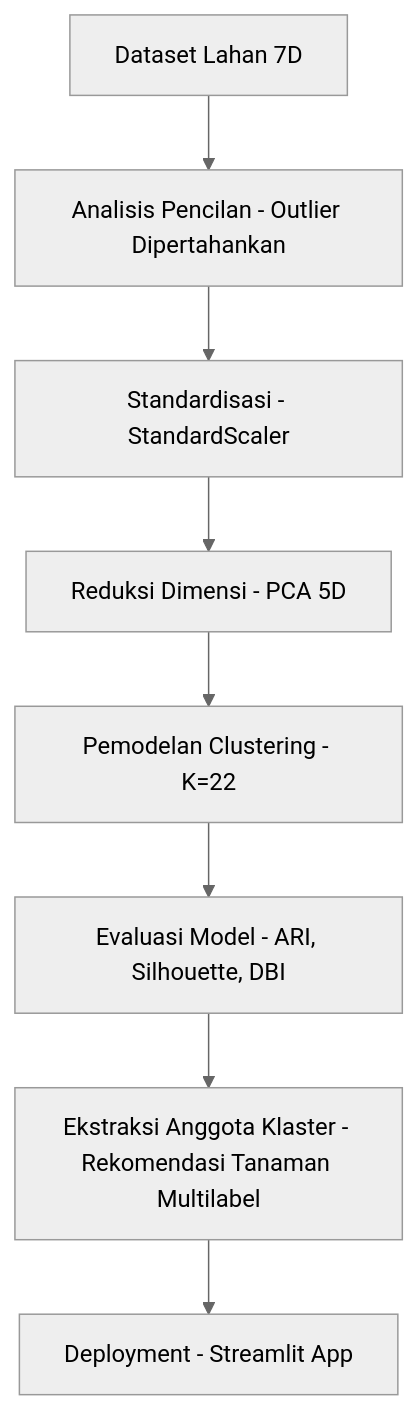
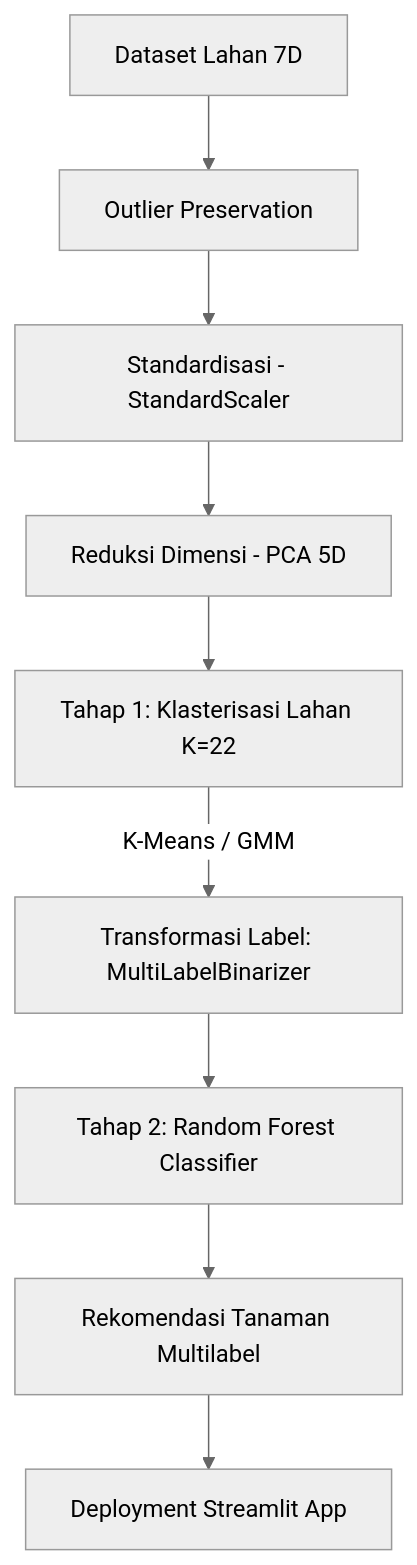
Before and after one commit to Alfaturachman/crop-recommendation-clustering: the diagram in readme.md, drawn with Mermaid (neutral theme). The commit also changed other lines of this file and 57 other files, not shown here.

````diff
--- a/readme.md
+++ b/readme.md
@@ -81,10 +79,11 @@
 ```mermaid
 graph TD
-    A[Dataset Lahan 7D] --> B[Analisis Pencilan - Outlier Dipertahankan]
+    A[Dataset Lahan 7D] --> B[Outlier Preservation]
     B --> C[Standardisasi - StandardScaler]
     C --> D[Reduksi Dimensi - PCA 5D]
-    D --> E[Pemodelan Clustering - K=22]
-    E --> F[Evaluasi Model - ARI, Silhouette, DBI]
-    F --> G[Ekstraksi Anggota Klaster - Rekomendasi Tanaman Multilabel]
-    G --> H[Deployment - Streamlit App]
+    D --> E[Tahap 1: Klasterisasi Lahan K=22]
+    E -->|K-Means / GMM| F[Transformasi Label: MultiLabelBinarizer]
+    F --> G[Tahap 2: Random Forest Classifier]
+    G --> H[Rekomendasi Tanaman Multilabel]
+    H --> I[Deployment Streamlit App]
 ```
````
